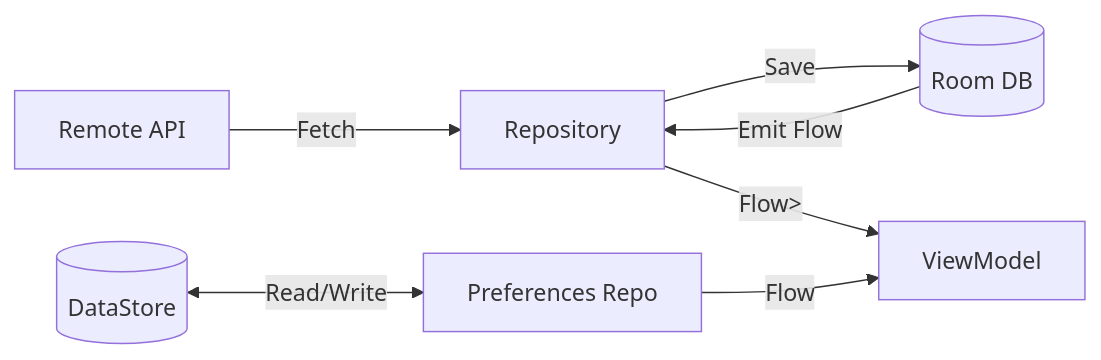
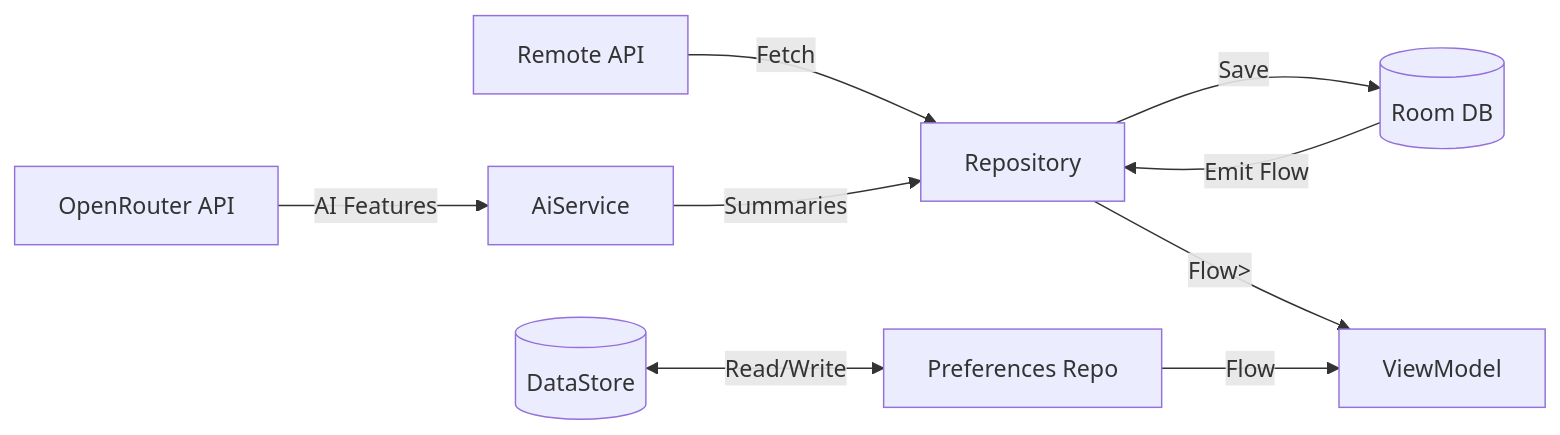
The diagram in docs/architecture/data-management.md (undead2146/NexusNews), drawn with Mermaid before and after one commit. The commit also changed other lines of this file and 1 other file, not shown here.

First line of the commit message:
docs: update VitePress architecture documentation

````diff
--- a/docs/architecture/data-management.md
+++ b/docs/architecture/data-management.md
@@ -75,10 +104,13 @@
 ```mermaid
 graph LR
     API[Remote API] -->|Fetch| Repo[Repository]
     Repo -->|Save| DB[(Room DB)]
     DB -->|Emit Flow| Repo
     Repo -->|Flow<List<Article>>| VM[ViewModel]
 
     DS[(DataStore)] <-->|Read/Write| Prefs[Preferences Repo]
     Prefs -->|Flow<Settings>| VM
+
+    AI[OpenRouter API] -->|AI Features| AiService[AiService]
+    AiService -->|Summaries| Repo
 ```
````
